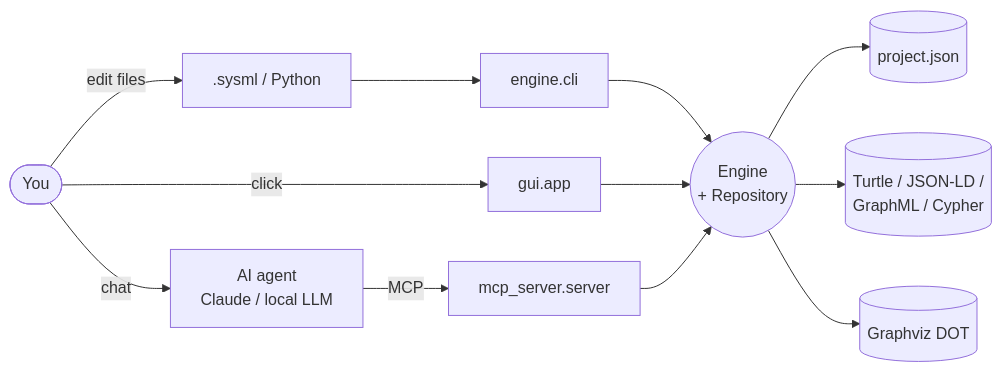
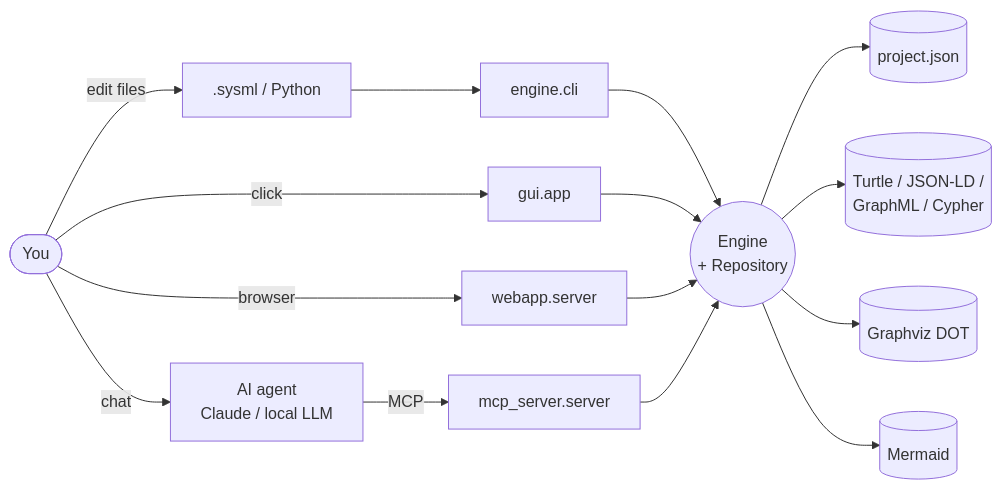
Before and after one commit to sudesh309/REQUIREMENT-FORMALISER: the second of 19 diagrams in docs/USER_GUIDE.md, drawn with Mermaid. The commit also changed other lines of this file and 1 other file, not shown here.

First line of the commit message:
Document web frontend in README and user guide

````diff
--- a/docs/USER_GUIDE.md
+++ b/docs/USER_GUIDE.md
@@ -61,13 +62,15 @@
 ```mermaid
 flowchart LR
     DEV([You]) -->|edit files| SRC[.sysml / Python]
+    DEV -->|browser| WEB[webapp.server]
     DEV -->|click| GUI
     DEV -->|chat| AGENT[AI agent<br/>Claude / local LLM]
     SRC --> CLI[engine.cli]
     GUI[gui.app]
     AGENT -->|MCP| MCP[mcp_server.server]
-    CLI & GUI & MCP --> ENG((Engine<br/>+ Repository))
+    CLI & GUI & WEB & MCP --> ENG((Engine<br/>+ Repository))
     ENG --> JSON[(project.json)]
     ENG --> KG[(Turtle / JSON-LD /<br/>GraphML / Cypher)]
     ENG --> DOT[(Graphviz DOT)]
+    ENG --> MERMAID[(Mermaid)]
 ```
````
